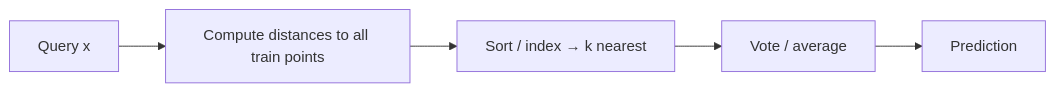
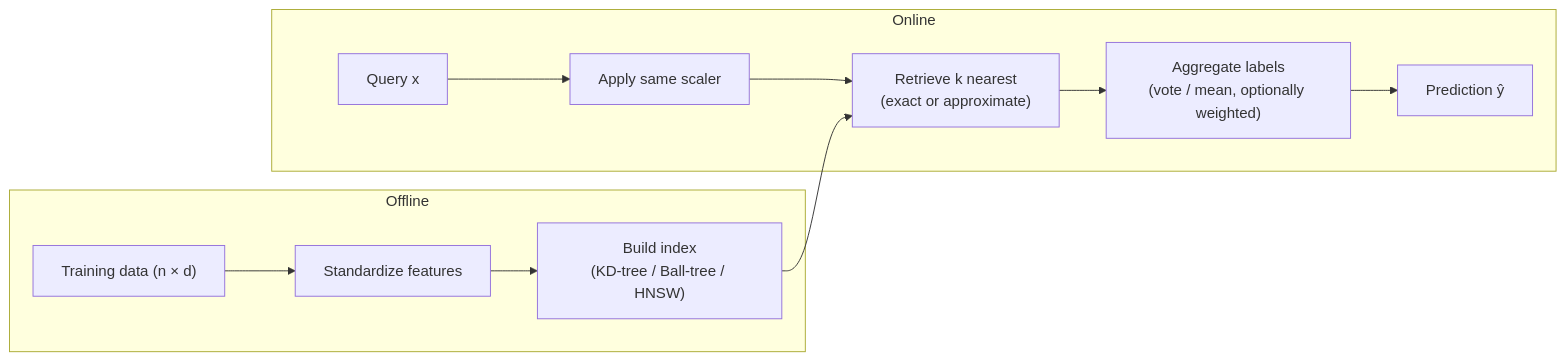
The first of 3 diagrams in roadmap/phase-1-classical-ml/06-knn.md (ABHIRAM3007/itp), drawn with Mermaid before and after one commit. The commit also changed other lines of this file and 23 other files, not shown here.

````diff
--- a/roadmap/phase-1-classical-ml/06-knn.md
+++ b/roadmap/phase-1-classical-ml/06-knn.md
@@ -85,7 +174,14 @@
 ```mermaid
 flowchart LR
-    Q["Query x"] --> D["Compute distances to all train points"]
-    D --> S["Sort / index → k nearest"]
-    S --> V["Vote / average"]
-    V --> P["Prediction"]
+    subgraph Offline
+        T["Training data (n × d)"] --> S["Standardize features"]
+        S --> I["Build index<br/>(KD-tree / Ball-tree / HNSW)"]
+    end
+    subgraph Online
+        Q["Query x"] --> S2["Apply same scaler"]
+        S2 --> R["Retrieve k nearest<br/>(exact or approximate)"]
+        I --> R
+        R --> V["Aggregate labels<br/>(vote / mean, optionally weighted)"]
+        V --> P["Prediction ŷ"]
+    end
 ```
````
